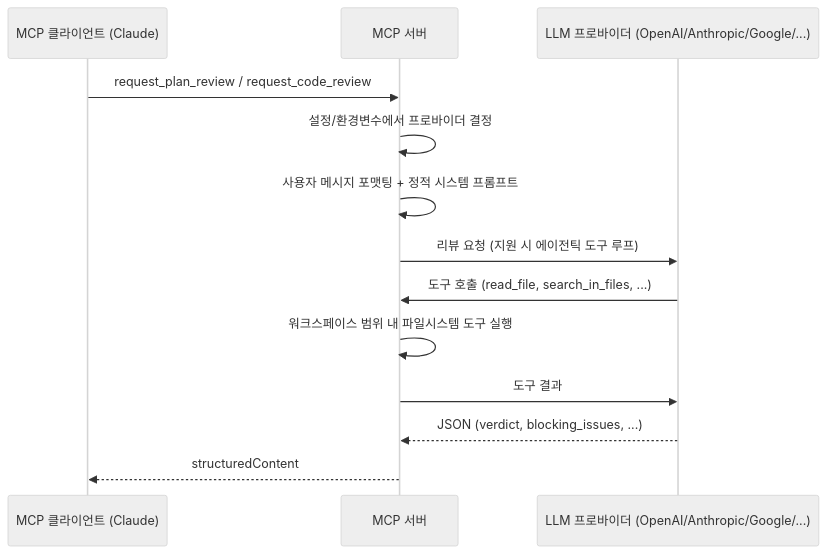
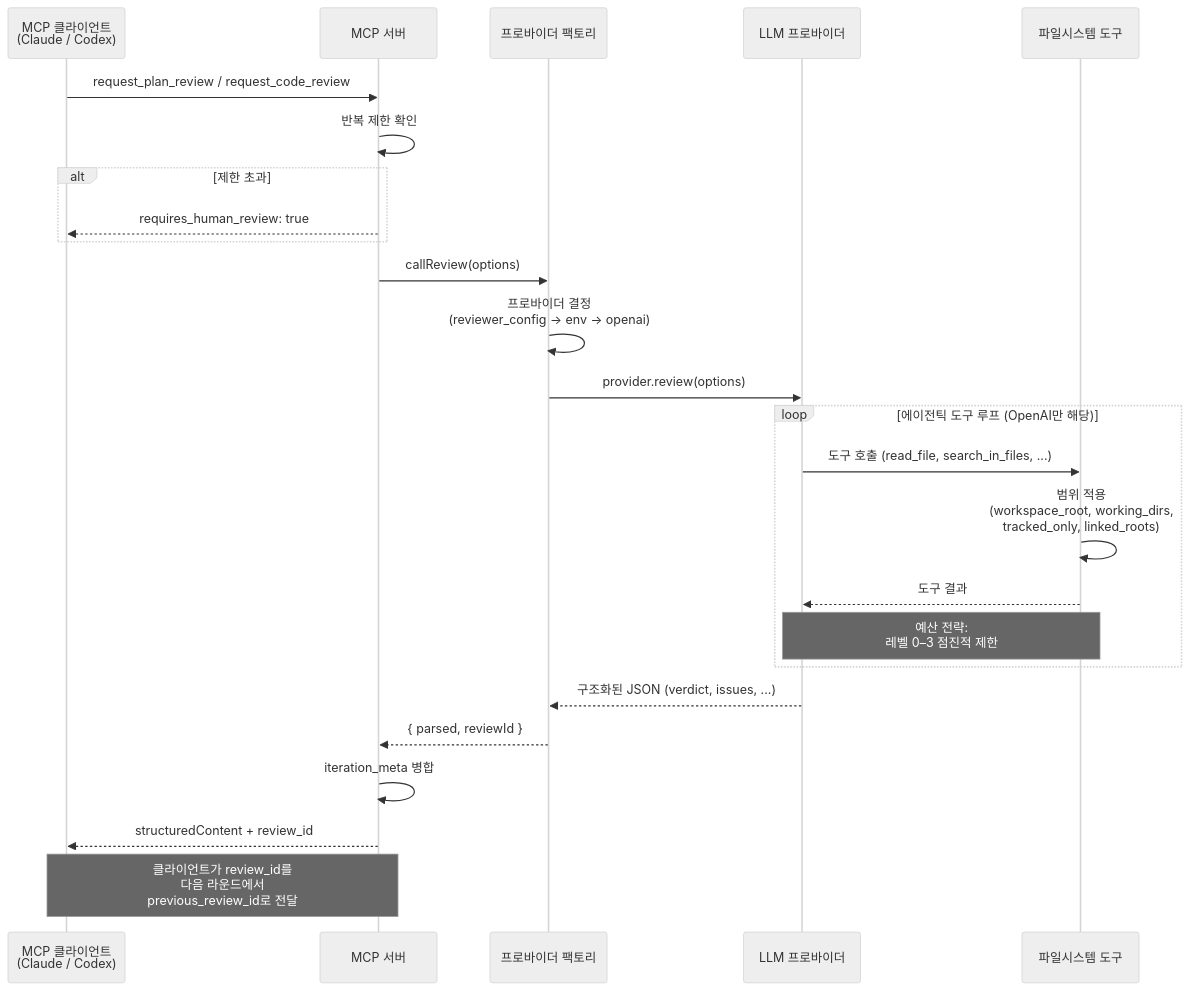
One commit to Planningo/duul changed the third of 4 diagrams in README.ko.md. Above: the diagram before and after it, drawn with Mermaid (neutral theme). The commit also changed other lines of this file and 1 other file, not shown here.

First line of the commit message:
docs: replace flowcharts with comprehensive mermaid diagrams

````diff
--- a/README.ko.md
+++ b/README.ko.md
@@ -54,16 +83,31 @@
 ```mermaid
 sequenceDiagram
-    participant Client as MCP 클라이언트 (Claude)
+    participant Client as MCP 클라이언트<br/>(Claude / Codex)
     participant Server as MCP 서버
-    participant Provider as LLM 프로바이더 (OpenAI/Anthropic/Google/...)
+    participant Factory as 프로바이더 팩토리
+    participant Provider as LLM 프로바이더
+    participant FS as 파일시스템 도구
 
     Client->>Server: request_plan_review / request_code_review
-    Server->>Server: 설정/환경변수에서 프로바이더 결정
-    Server->>Server: 사용자 메시지 포맷팅 + 정적 시스템 프롬프트
-    Server->>Provider: 리뷰 요청 (지원 시 에이전틱 도구 루프)
-    Provider->>Server: 도구 호출 (read_file, search_in_files, ...)
-    Server->>Server: 워크스페이스 범위 내 파일시스템 도구 실행
-    Server->>Provider: 도구 결과
-    Provider-->>Server: JSON (verdict, blocking_issues, ...)
-    Server-->>Client: structuredContent
+    Server->>Server: 반복 제한 확인
+    alt 제한 초과
+        Server-->>Client: requires_human_review: true
+    end
+    Server->>Factory: callReview(options)
+    Factory->>Factory: 프로바이더 결정<br/>(reviewer_config → env → openai)
+    Factory->>Provider: provider.review(options)
+
+    loop 에이전틱 도구 루프 (OpenAI만 해당)
+        Provider->>FS: 도구 호출 (read_file, search_in_files, ...)
+        FS->>FS: 범위 적용<br/>(workspace_root, working_dirs,<br/>tracked_only, linked_roots)
+        FS-->>Provider: 도구 결과
+        Note over Provider,FS: 예산 전략:<br/>레벨 0–3 점진적 제한
+    end
+
+    Provider-->>Factory: 구조화된 JSON (verdict, issues, ...)
+    Factory-->>Server: { parsed, reviewId }
+    Server->>Server: iteration_meta 병합
+    Server-->>Client: structuredContent + review_id
+
+    Note over Client,Server: 클라이언트가 review_id를<br/>다음 라운드에서<br/>previous_review_id로 전달
 ```
````
